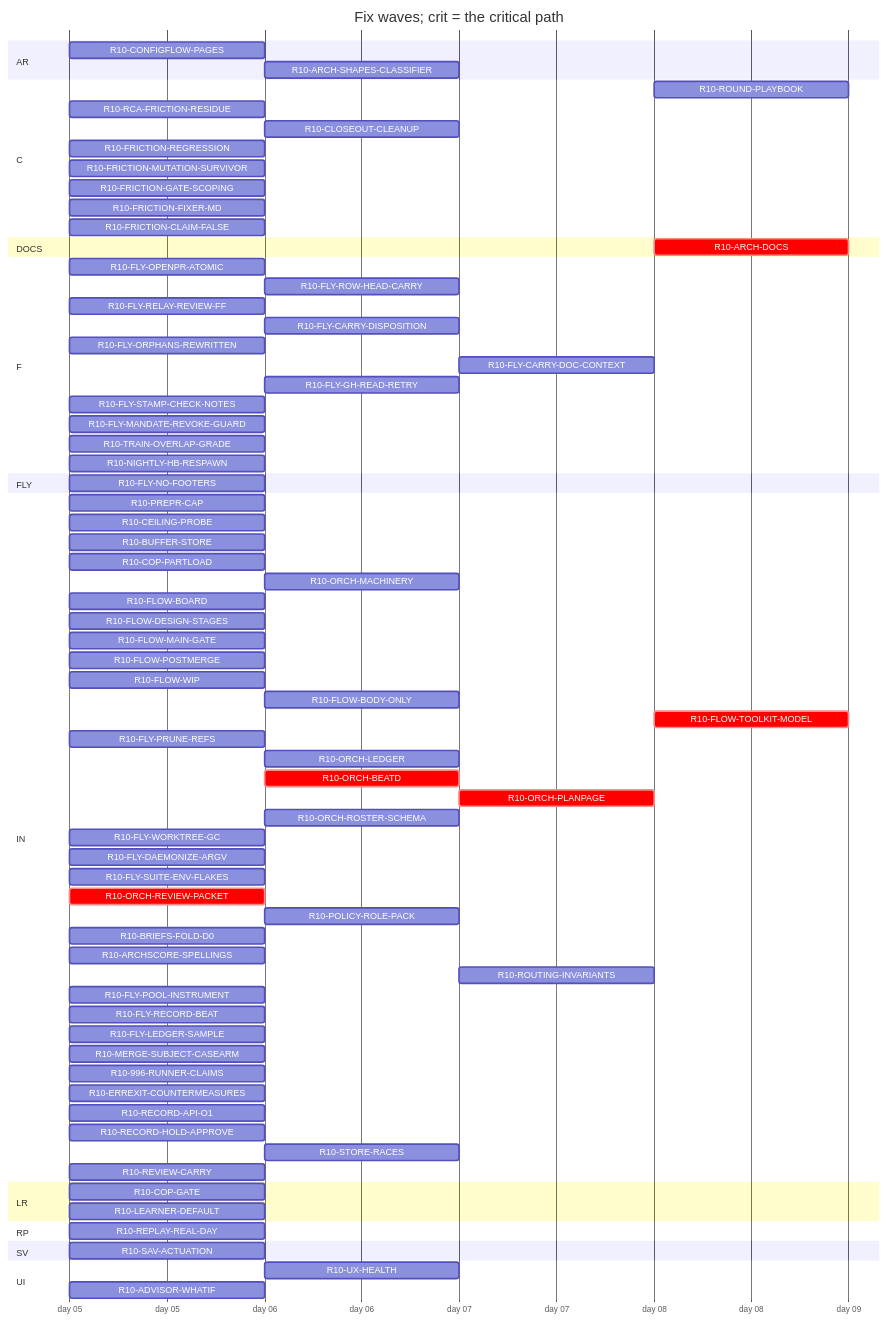
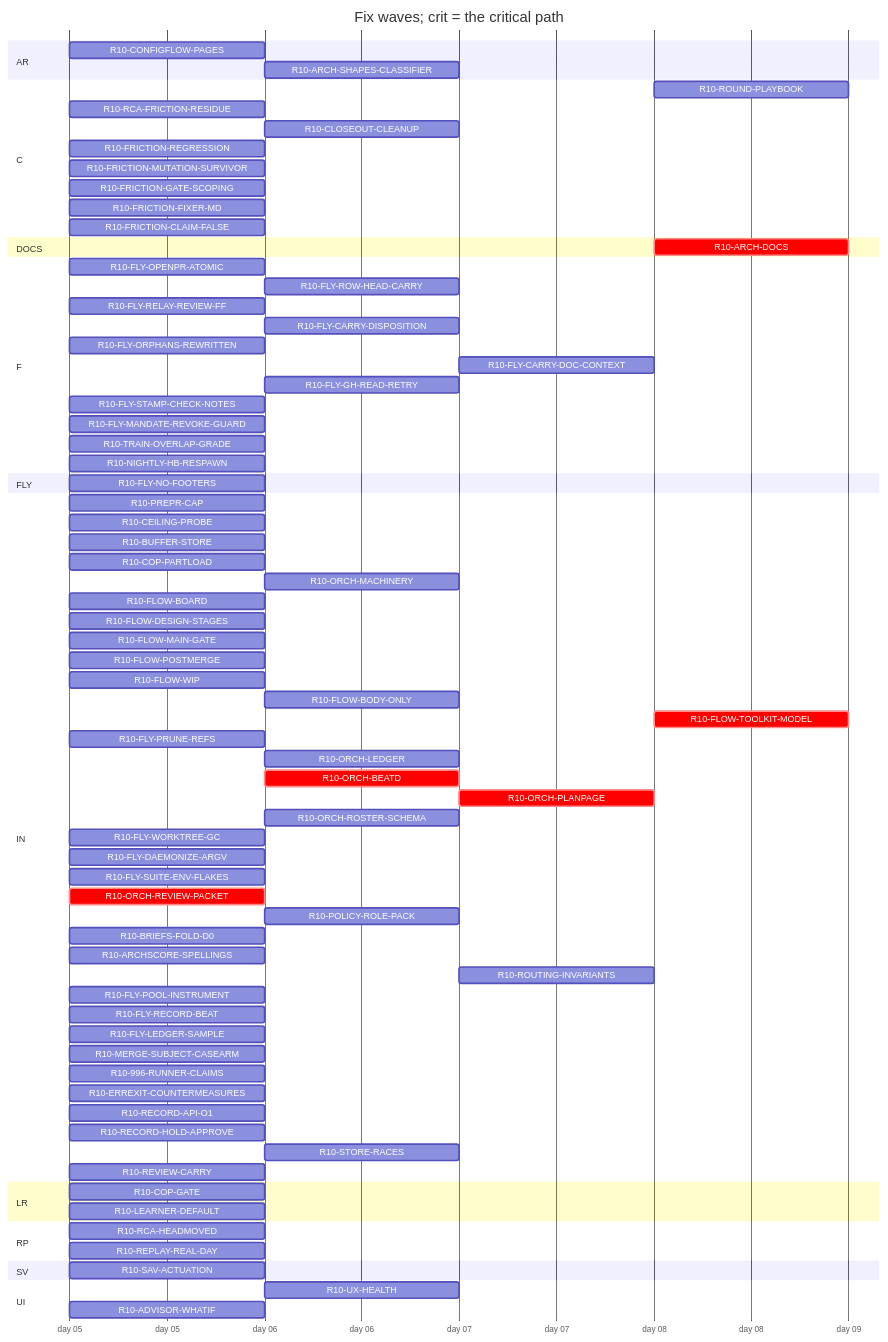
Before and after one commit to tvofi/heatpump_optimizer: the diagram in handoff/round10/state/PLAN-TABLE.md, drawn with Mermaid. The commit also changed other lines of this file and 3 other files, not shown here.

Commit message:
state: FLOW-BOARD.md, NEXT-SESSION-PROMPT.md, PLAN-TABLE.md, RESUME-CURRENT.md regenerated (state_docs.py)

````diff
--- a/handoff/round10/state/PLAN-TABLE.md
+++ b/handoff/round10/state/PLAN-TABLE.md
@@ -23,80 +23,81 @@
 ```mermaid
 gantt
   title Fix waves; crit = the critical path
   dateFormat YYYY-MM-DD
   axisFormat day %d
   section AR
     R10-CONFIGFLOW-PAGES :r10CONFIGFLOWPAGES, 2026-01-05, 1d
     R10-ARCH-SHAPES-CLASSIFIER :r10ARCHSHAPESCLASSIFIER, after r10996RUNNERCLAIMS, 1d
   section C
     R10-ROUND-PLAYBOOK :r10ROUNDPLAYBOOK, after r10ORCHLEDGER r10ORCHBEATD r10ORCHPLANPAGE r10FLOWMAINGATE r10FLYRELAYREVIEWFF r10FLOWBODYONLY, 1d
     R10-RCA-FRICTION-RESIDUE :r10RCAFRICTIONRESIDUE, 2026-01-05, 1d
     R10-CLOSEOUT-CLEANUP :r10CLOSEOUTCLEANUP, after r10FLYPRUNEREFS r10FLYWORKTREEGC, 1d
     R10-FRICTION-REGRESSION :r10FRICTIONREGRESSION, 2026-01-05, 1d
     R10-FRICTION-MUTATION-SURVIVOR :r10FRICTIONMUTATIONSURVIVOR, 2026-01-05, 1d
     R10-FRICTION-GATE-SCOPING :r10FRICTIONGATESCOPING, 2026-01-05, 1d
     R10-FRICTION-FIXER-MD :r10FRICTIONFIXERMD, 2026-01-05, 1d
     R10-FRICTION-CLAIM-FALSE :r10FRICTIONCLAIMFALSE, 2026-01-05, 1d
   section DOCS
-    R10-ARCH-DOCS :crit, r10ARCHDOCS, after r10COPGATE r10UXHEALTH r10CONFIGFLOWPAGES r10CEILINGPROBE r10BUFFERSTORE r10COPPARTLOAD r10LEARNERDEFAULT r10FLOWBOARD r10FLOWDESIGNSTAGES r10FLOWPOSTMERGE r10FLOWWIP r10FLOWBODYONLY r10FLYOPENPRATOMIC r10FLYROWHEADCARRY r10FLYRELAYREVIEWFF r10FLYCARRYDISPOSITION r10FLYORPHANSREWRITTEN r10FLYCARRYDOCCONTEXT r10FLOWTOOLKITMODEL r10FLYSTAMPCHECKNOTES r10FLYMANDATEREVOKEGUARD r10RCAFRICTIONRESIDUE r10TRAINOVERLAPGRADE r10NIGHTLYHBRESPAWN r10FLYPRUNEREFS r10ORCHLEDGER r10ORCHBEATD r10ORCHPLANPAGE r10ORCHROSTERSCHEMA r10FLYWORKTREEGC r10FLYDAEMONIZEARGV r10ORCHREVIEWPACKET r10POLICYROLEPACK r10BRIEFSFOLDD0 r10REPLAYREALDAY r10ARCHSCORESPELLINGS r10SAVACTUATION r10FLYLEDGERSAMPLE, 1d
+    R10-ARCH-DOCS :crit, r10ARCHDOCS, after r10COPGATE r10UXHEALTH r10CONFIGFLOWPAGES r10RCAHEADMOVED r10CEILINGPROBE r10BUFFERSTORE r10COPPARTLOAD r10LEARNERDEFAULT r10FLOWBOARD r10FLOWDESIGNSTAGES r10FLOWPOSTMERGE r10FLOWWIP r10FLOWBODYONLY r10FLYOPENPRATOMIC r10FLYROWHEADCARRY r10FLYRELAYREVIEWFF r10FLYCARRYDISPOSITION r10FLYORPHANSREWRITTEN r10FLYCARRYDOCCONTEXT r10FLOWTOOLKITMODEL r10FLYSTAMPCHECKNOTES r10FLYMANDATEREVOKEGUARD r10RCAFRICTIONRESIDUE r10TRAINOVERLAPGRADE r10NIGHTLYHBRESPAWN r10FLYPRUNEREFS r10ORCHLEDGER r10ORCHBEATD r10ORCHPLANPAGE r10ORCHROSTERSCHEMA r10FLYWORKTREEGC r10FLYDAEMONIZEARGV r10ORCHREVIEWPACKET r10POLICYROLEPACK r10BRIEFSFOLDD0 r10REPLAYREALDAY r10ARCHSCORESPELLINGS r10SAVACTUATION r10FLYLEDGERSAMPLE, 1d
   section F
     R10-FLY-OPENPR-ATOMIC :r10FLYOPENPRATOMIC, 2026-01-05, 1d
     R10-FLY-ROW-HEAD-CARRY :r10FLYROWHEADCARRY, after r10FLYOPENPRATOMIC, 1d
     R10-FLY-RELAY-REVIEW-FF :r10FLYRELAYREVIEWFF, 2026-01-05, 1d
     R10-FLY-CARRY-DISPOSITION :r10FLYCARRYDISPOSITION, after r10FLYORPHANSREWRITTEN, 1d
     R10-FLY-ORPHANS-REWRITTEN :r10FLYORPHANSREWRITTEN, 2026-01-05, 1d
     R10-FLY-CARRY-DOC-CONTEXT :r10FLYCARRYDOCCONTEXT, after r10FLYGHREADRETRY, 1d
     R10-FLY-GH-READ-RETRY :r10FLYGHREADRETRY, after r10FLOWMAINGATE, 1d
     R10-FLY-STAMP-CHECK-NOTES :r10FLYSTAMPCHECKNOTES, 2026-01-05, 1d
     R10-FLY-MANDATE-REVOKE-GUARD :r10FLYMANDATEREVOKEGUARD, 2026-01-05, 1d
     R10-TRAIN-OVERLAP-GRADE :r10TRAINOVERLAPGRADE, 2026-01-05, 1d
     R10-NIGHTLY-HB-RESPAWN :r10NIGHTLYHBRESPAWN, 2026-01-05, 1d
   section FLY
     R10-FLY-NO-FOOTERS :r10FLYNOFOOTERS, 2026-01-05, 1d
   section IN
     R10-PREPR-CAP :r10PREPRCAP, 2026-01-05, 1d
     R10-CEILING-PROBE :r10CEILINGPROBE, 2026-01-05, 1d
     R10-BUFFER-STORE :r10BUFFERSTORE, 2026-01-05, 1d
     R10-COP-PARTLOAD :r10COPPARTLOAD, 2026-01-05, 1d
     R10-ORCH-MACHINERY :r10ORCHMACHINERY, after r10FLOWMAINGATE, 1d
     R10-FLOW-BOARD :r10FLOWBOARD, 2026-01-05, 1d
     R10-FLOW-DESIGN-STAGES :r10FLOWDESIGNSTAGES, 2026-01-05, 1d
     R10-FLOW-MAIN-GATE :r10FLOWMAINGATE, 2026-01-05, 1d
     R10-FLOW-POSTMERGE :r10FLOWPOSTMERGE, 2026-01-05, 1d
     R10-FLOW-WIP :r10FLOWWIP, 2026-01-05, 1d
     R10-FLOW-BODY-ONLY :r10FLOWBODYONLY, after r10FLYOPENPRATOMIC, 1d
     R10-FLOW-TOOLKIT-MODEL :crit, r10FLOWTOOLKITMODEL, after r10ORCHPLANPAGE, 1d
     R10-FLY-PRUNE-REFS :r10FLYPRUNEREFS, 2026-01-05, 1d
     R10-ORCH-LEDGER :r10ORCHLEDGER, after r10FLOWMAINGATE, 1d
     R10-ORCH-BEATD :crit, r10ORCHBEATD, after r10ORCHREVIEWPACKET, 1d
     R10-ORCH-PLANPAGE :crit, r10ORCHPLANPAGE, after r10ORCHBEATD, 1d
     R10-ORCH-ROSTER-SCHEMA :r10ORCHROSTERSCHEMA, after r10FLOWMAINGATE, 1d
     R10-FLY-WORKTREE-GC :r10FLYWORKTREEGC, 2026-01-05, 1d
     R10-FLY-DAEMONIZE-ARGV :r10FLYDAEMONIZEARGV, 2026-01-05, 1d
     R10-FLY-SUITE-ENV-FLAKES :r10FLYSUITEENVFLAKES, 2026-01-05, 1d
     R10-ORCH-REVIEW-PACKET :crit, r10ORCHREVIEWPACKET, 2026-01-05, 1d
     R10-POLICY-ROLE-PACK :r10POLICYROLEPACK, after r10FLOWDESIGNSTAGES, 1d
     R10-BRIEFS-FOLD-D0 :r10BRIEFSFOLDD0, 2026-01-05, 1d
     R10-ARCHSCORE-SPELLINGS :r10ARCHSCORESPELLINGS, 2026-01-05, 1d
     R10-ROUTING-INVARIANTS :r10ROUTINGINVARIANTS, after r10ORCHROSTERSCHEMA, 1d
     R10-FLY-POOL-INSTRUMENT :r10FLYPOOLINSTRUMENT, 2026-01-05, 1d
     R10-FLY-RECORD-BEAT :r10FLYRECORDBEAT, 2026-01-05, 1d
     R10-FLY-LEDGER-SAMPLE :r10FLYLEDGERSAMPLE, 2026-01-05, 1d
     R10-MERGE-SUBJECT-CASEARM :r10MERGESUBJECTCASEARM, 2026-01-05, 1d
     R10-996-RUNNER-CLAIMS :r10996RUNNERCLAIMS, 2026-01-05, 1d
     R10-ERREXIT-COUNTERMEASURES :r10ERREXITCOUNTERMEASURES, 2026-01-05, 1d
     R10-RECORD-API-O1 :r10RECORDAPIO1, 2026-01-05, 1d
     R10-RECORD-HOLD-APPROVE :r10RECORDHOLDAPPROVE, 2026-01-05, 1d
     R10-STORE-RACES :r10STORERACES, after r10BUFFERSTORE, 1d
     R10-REVIEW-CARRY :r10REVIEWCARRY, 2026-01-05, 1d
   section LR
     R10-COP-GATE :r10COPGATE, 2026-01-05, 1d
     R10-LEARNER-DEFAULT :r10LEARNERDEFAULT, 2026-01-05, 1d
   section RP
+    R10-RCA-HEADMOVED :r10RCAHEADMOVED, 2026-01-05, 1d
     R10-REPLAY-REAL-DAY :r10REPLAYREALDAY, 2026-01-05, 1d
   section SV
     R10-SAV-ACTUATION :r10SAVACTUATION, 2026-01-05, 1d
   section UI
     R10-UX-HEALTH :r10UXHEALTH, after r10COPGATE, 1d
     R10-ADVISOR-WHATIF :r10ADVISORWHATIF, 2026-01-05, 1d
 ```
````
